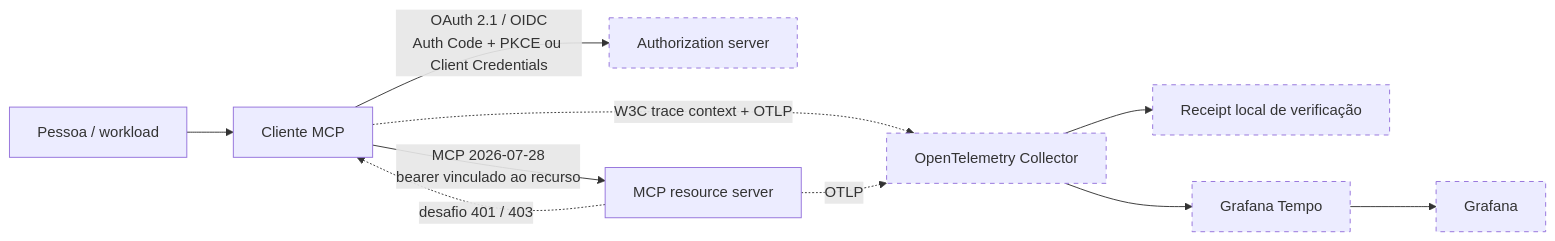
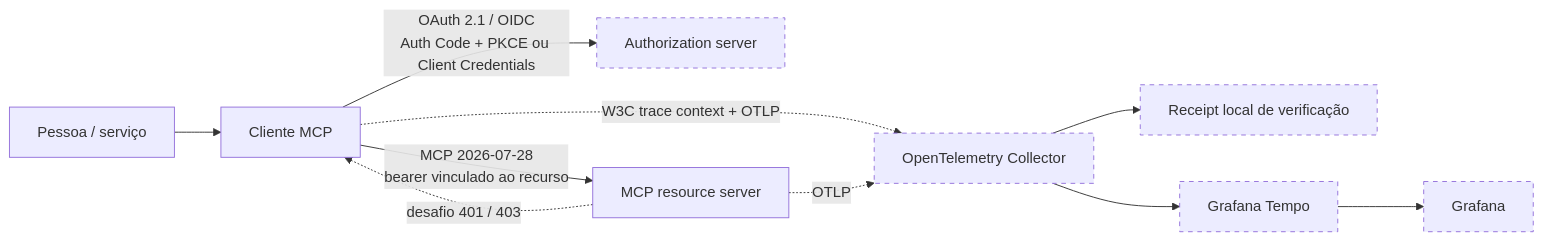
The diagram in README.pt-BR.md (brunovicco/mcp-client-auth-template), drawn with Mermaid before and after one commit. The commit also changed other lines of this file and 61 other files, not shown here.

First line of the commit message:
feat: MCP 2.2 client authorization profiles and v0.7.0 pair compatibility (#36)

````diff
--- a/README.pt-BR.md
+++ b/README.pt-BR.md
@@ -40,16 +46,16 @@
 ```mermaid
 flowchart LR
-    User["Pessoa / workload"] --> Client["Cliente MCP"]
+    User["Pessoa / serviço"] --> Client["Cliente MCP"]
     Client -->|"OAuth 2.1 / OIDC<br/>Auth Code + PKCE ou Client Credentials"| AS["Authorization server"]
     Client -->|"MCP 2026-07-28<br/>bearer vinculado ao recurso"| Server["MCP resource server"]
     Server -.->|"desafio 401 / 403"| Client
 
     Client -.->|"W3C trace context + OTLP"| Collector["OpenTelemetry Collector"]
     Server -.->|"OTLP"| Collector
     Collector --> Receipt["Receipt local de verificação"]
     Collector --> Tempo["Grafana Tempo"]
     Tempo --> Grafana["Grafana"]
 
     classDef demo stroke-dasharray: 5 5;
     class AS,Collector,Receipt,Tempo,Grafana demo;
 ```
````
